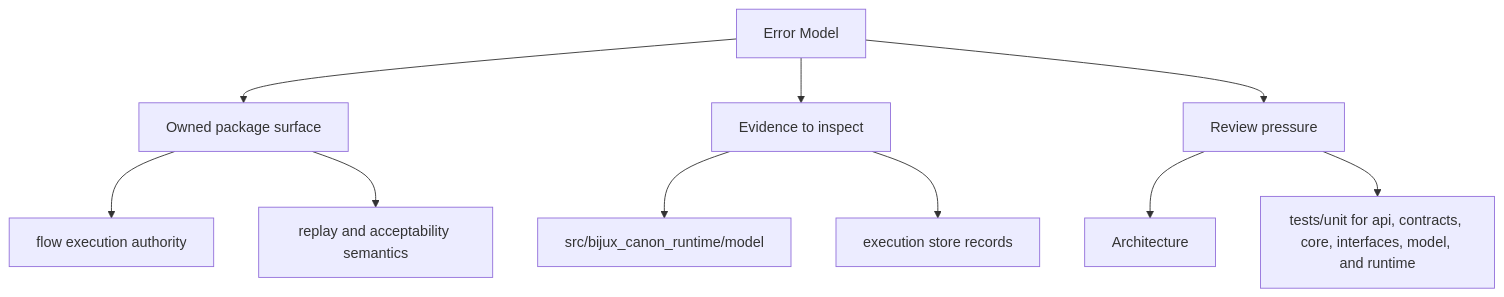
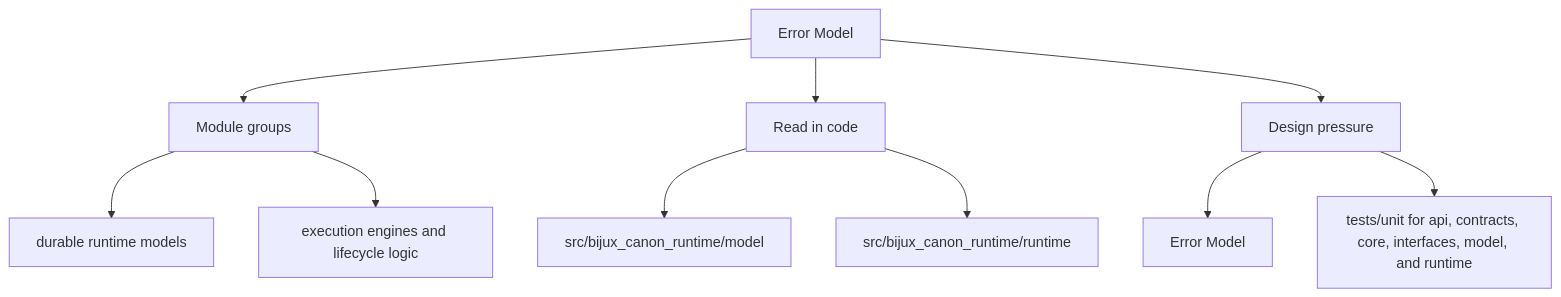
One commit to bijux/bijux-canon changed the second of 2 diagrams in docs/bijux-canon-runtime/architecture/error-model.md. Above: the diagram before and after it, drawn with Mermaid. The commit also changed other lines of this file and 250 other files, not shown here.

Commit message:
docs(diagrams): make product page maps more readable

````diff
--- a/docs/bijux-canon-runtime/architecture/error-model.md
+++ b/docs/bijux-canon-runtime/architecture/error-model.md
@@ -35,22 +35,22 @@
 ```mermaid
 flowchart TD
     page["Error Model"]
-    focus1["Owned package surface"]
+    focus1["Module groups"]
     page --> focus1
-    focus1_1["flow execution authority"]
+    focus1_1["durable runtime models"]
     focus1 --> focus1_1
-    focus1_2["replay and acceptability semantics"]
+    focus1_2["execution engines and lifecycle logic"]
     focus1 --> focus1_2
-    focus2["Evidence to inspect"]
+    focus2["Read in code"]
     page --> focus2
     focus2_1["src/bijux_canon_runtime/model"]
     focus2 --> focus2_1
-    focus2_2["execution store records"]
+    focus2_2["src/bijux_canon_runtime/runtime"]
     focus2 --> focus2_2
-    focus3["Review pressure"]
+    focus3["Design pressure"]
     page --> focus3
-    focus3_1["Architecture"]
+    focus3_1["Error Model"]
     focus3 --> focus3_1
     focus3_2["tests/unit for api, contracts, core, interfaces, model, and runtime"]
     focus3 --> focus3_2
 ```
````
